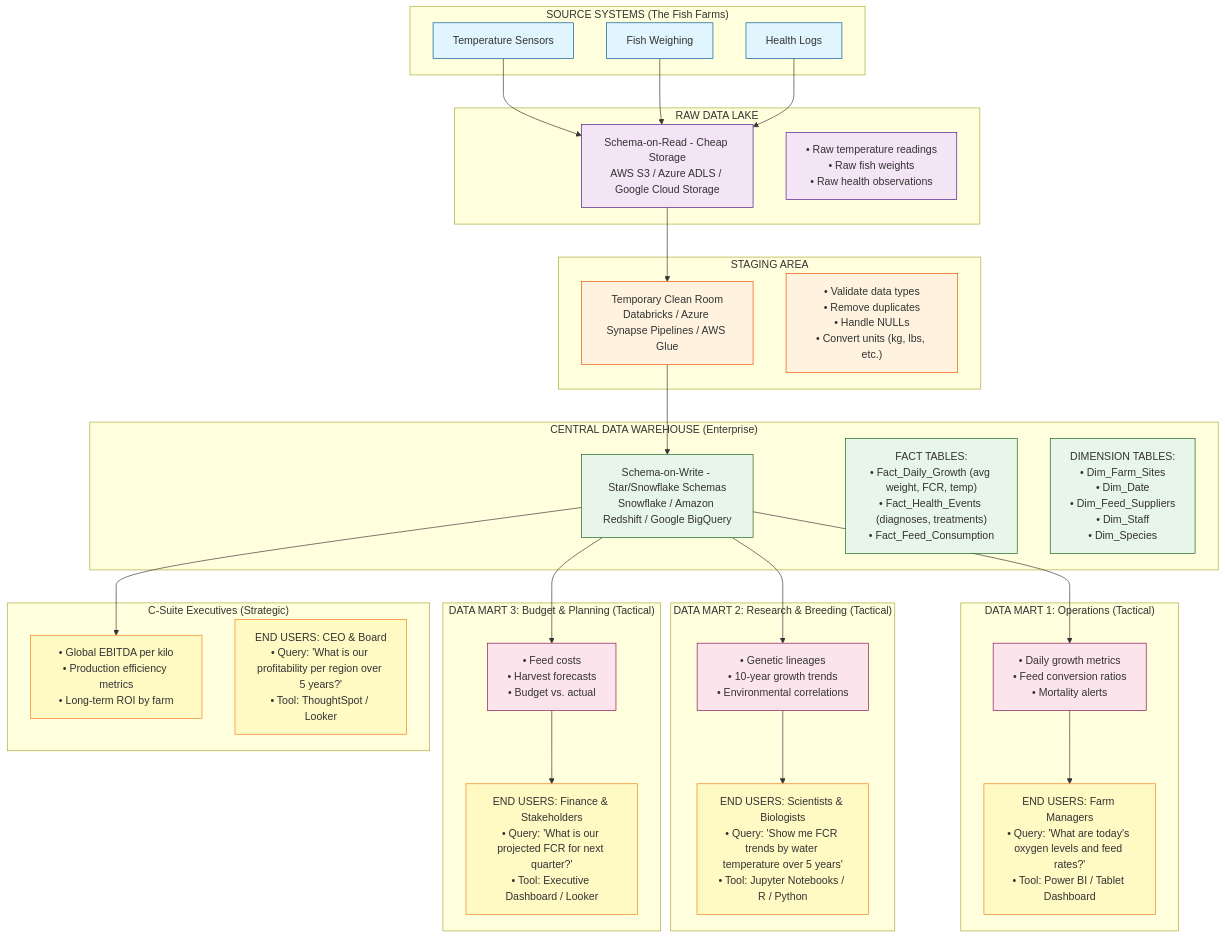
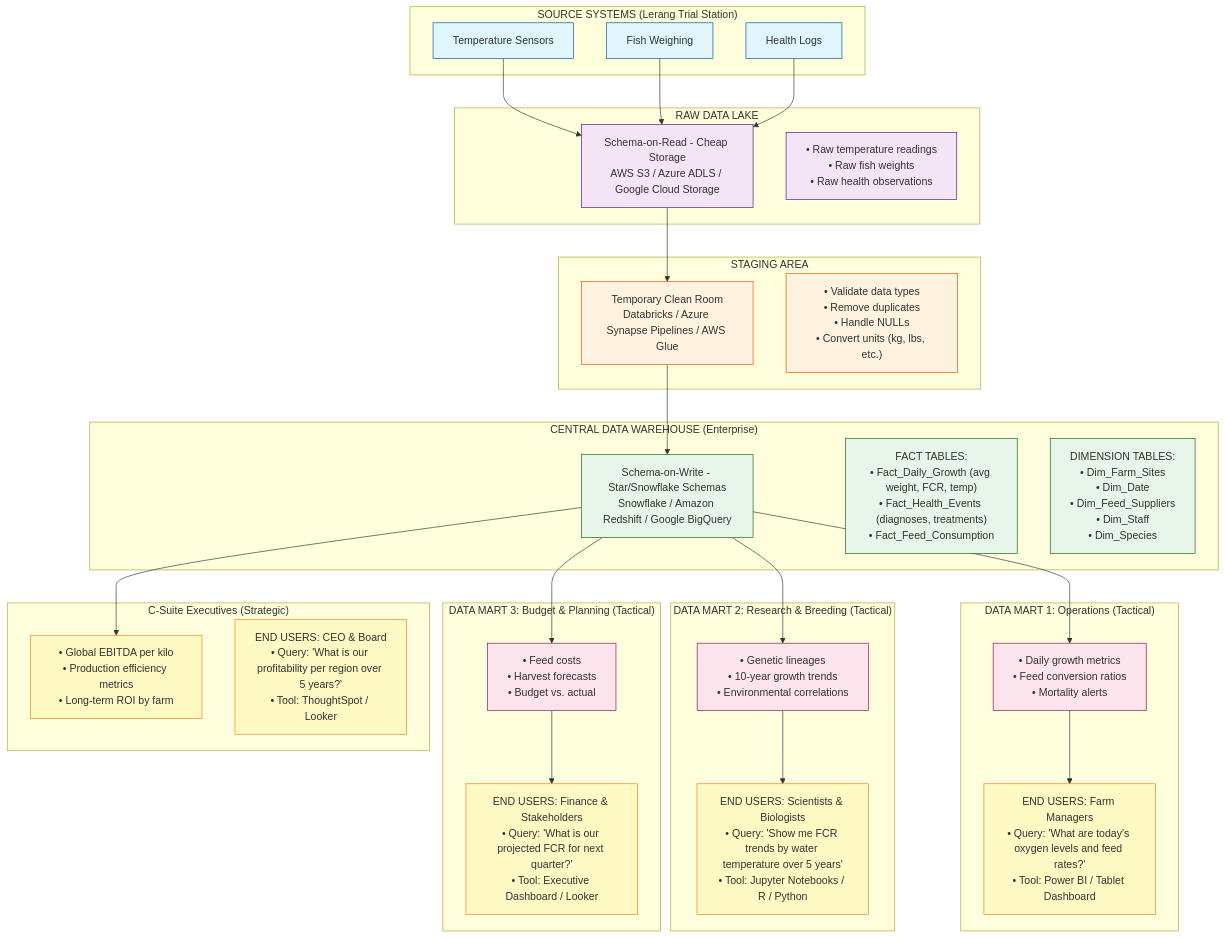
The diagram in data_pathway_feed_trial_station.mmd (Shreeramghimire/AquaGate), drawn with Mermaid before and after one commit.

```diff
--- a/data_pathway_feed_trial_station.mmd
+++ b/data_pathway_feed_trial_station.mmd
@@ -1,73 +1,73 @@
 flowchart TD
-    subgraph SOURCE["SOURCE SYSTEMS (The Fish Farms)"]
+    subgraph SOURCE["SOURCE SYSTEMS (Lerang Trial Station)"]
         Sensors["Temperature Sensors"]
         Weighing["Fish Weighing"]
         HealthLogs["Health Logs"]
     end
 
     Sensors --> DataLake
     Weighing --> DataLake
     HealthLogs --> DataLake
 
     subgraph LAKE["RAW DATA LAKE"]
         DataLake["Schema-on-Read - Cheap Storage<br>AWS S3 / Azure ADLS / Google Cloud Storage"]
         DL_Content["• Raw temperature readings<br>• Raw fish weights<br>• Raw health observations"]
     end
 
     DataLake --> Staging
 
     subgraph STAGING["STAGING AREA"]
         Staging["Temporary Clean Room<br>Databricks / Azure Synapse Pipelines / AWS Glue"]
         Staging_Content["• Validate data types<br>• Remove duplicates<br>• Handle NULLs<br>• Convert units (kg, lbs, etc.)"]
     end
 
     Staging --> Warehouse
 
     subgraph WAREHOUSE["CENTRAL DATA WAREHOUSE (Enterprise)"]
         Warehouse["Schema-on-Write - Star/Snowflake Schemas<br>Snowflake / Amazon Redshift / Google BigQuery"]
         Facts["FACT TABLES:<br>• Fact_Daily_Growth (avg weight, FCR, temp)<br>• Fact_Health_Events (diagnoses, treatments)<br>• Fact_Feed_Consumption"]
         Dims["DIMENSION TABLES:<br>• Dim_Farm_Sites<br>• Dim_Date<br>• Dim_Feed_Suppliers<br>• Dim_Staff<br>• Dim_Species"]
     end
 
     Warehouse --> Mart1
     Warehouse --> Mart2
     Warehouse --> Mart3
 
     subgraph MART1["DATA MART 1: Operations (Tactical)"]
         Mart1["• Daily growth metrics<br>• Feed conversion ratios<br>• Mortality alerts"]
         EndUser1["END USERS: Farm Managers<br>• Query: 'What are today's oxygen levels and feed rates?'<br>• Tool: Power BI / Tablet Dashboard"]
         Mart1 --> EndUser1
     end
 
     subgraph MART2["DATA MART 2: Research & Breeding (Tactical)"]
         Mart2["• Genetic lineages<br>• 10-year growth trends<br>• Environmental correlations"]
         EndUser2["END USERS: Scientists & Biologists<br>• Query: 'Show me FCR trends by water temperature over 5 years'<br>• Tool: Jupyter Notebooks / R / Python"]
         Mart2 --> EndUser2
     end
 
     subgraph MART3["DATA MART 3: Budget & Planning (Tactical)"]
         Mart3["• Feed costs<br>• Harvest forecasts<br>• Budget vs. actual"]
         EndUser3["END USERS: Finance & Stakeholders<br>• Query: 'What is our projected FCR for next quarter?'<br>• Tool: Executive Dashboard / Looker"]
         Mart3 --> EndUser3
     end
 
     Warehouse --> Execs
 
     subgraph EXECS["C-Suite Executives (Strategic)"]
         Execs["• Global EBITDA per kilo<br>• Production efficiency metrics<br>• Long-term ROI by farm"]
         EndUser4["END USERS: CEO & Board<br>• Query: 'What is our profitability per region over 5 years?'<br>• Tool: ThoughtSpot / Looker"]
     end
 
     classDef source fill:#e1f5fe,stroke:#01579b
     classDef lake fill:#f3e5f5,stroke:#4a148c
     classDef staging fill:#fff3e0,stroke:#e65100
     classDef warehouse fill:#e8f5e9,stroke:#1b5e20
     classDef mart fill:#fce4ec,stroke:#880e4f
     classDef enduser fill:#fff9c4,stroke:#f57f17
 
     class Sensors,Weighing,HealthLogs source
     class DataLake,DL_Content lake
     class Staging,Staging_Content staging
     class Warehouse,Facts,Dims warehouse
     class Mart1,Mart2,Mart3 mart
     class EndUser1,EndUser2,EndUser3,EndUser4,Execs enduser
```
